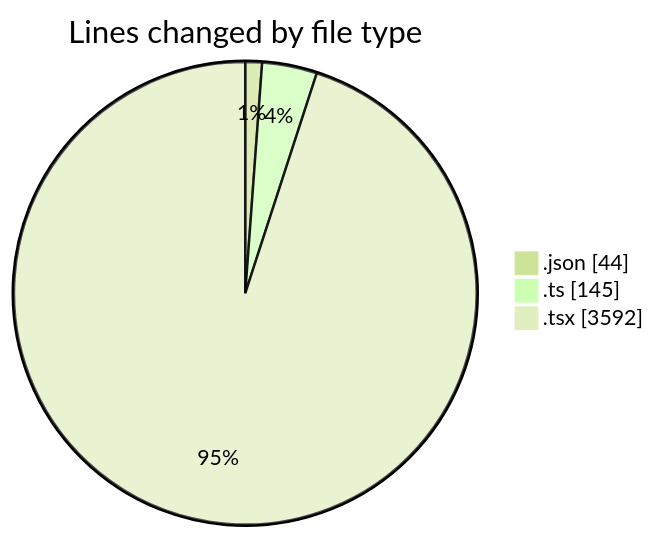
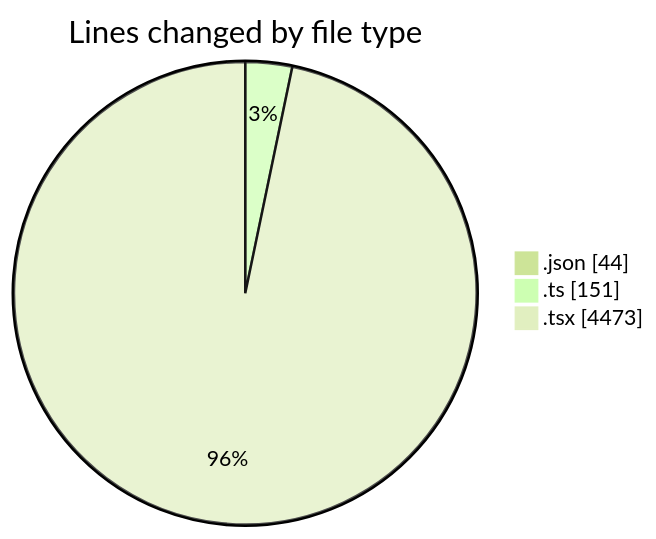
Before and after one commit to julien-gomy/code-tracking: the first of 2 diagrams in 2025-10-24/eventscop-frontend-guide__workspace_/README.md, drawn with Mermaid (forest theme). The commit also changed other lines of this file and 1 other file, not shown here.

````diff
--- a/2025-10-24/eventscop-frontend-guide__workspace_/README.md
+++ b/2025-10-24/eventscop-frontend-guide__workspace_/README.md
@@ -36,7 +36,7 @@
 ```mermaid
 pie showData
 title Lines changed by file type
 ".json" : 44
-".ts" : 145
-".tsx" : 3592
+".ts" : 151
+".tsx" : 4473
 ```
````
